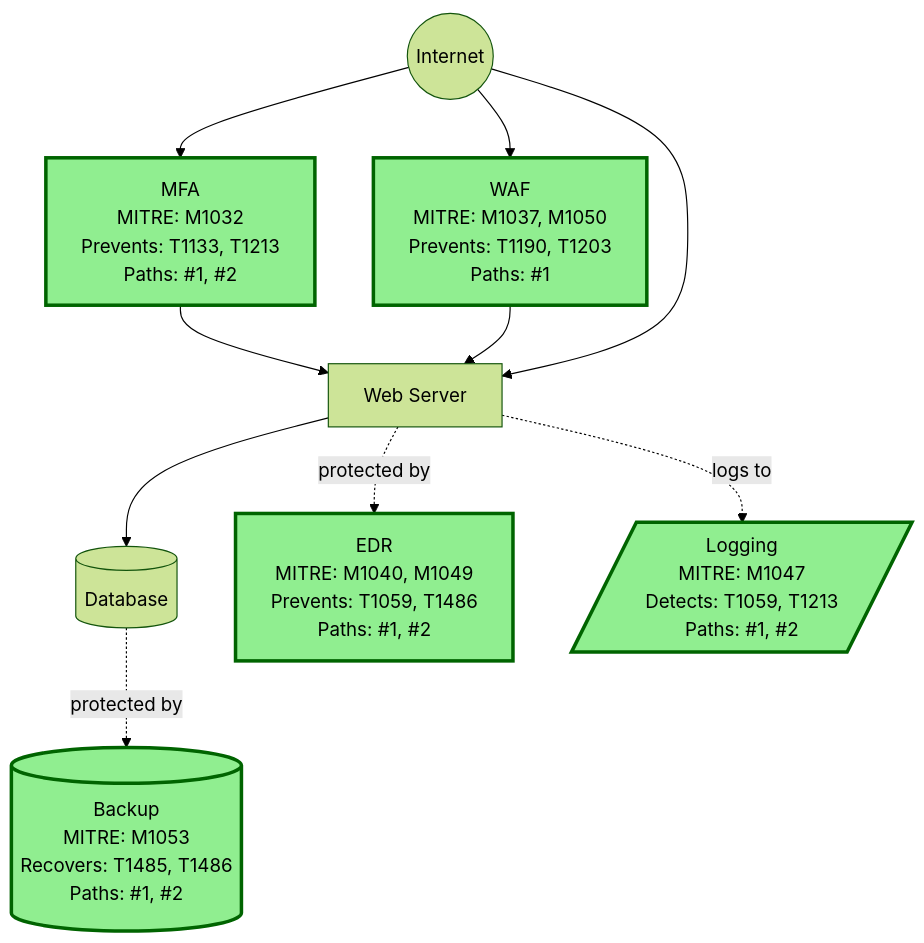
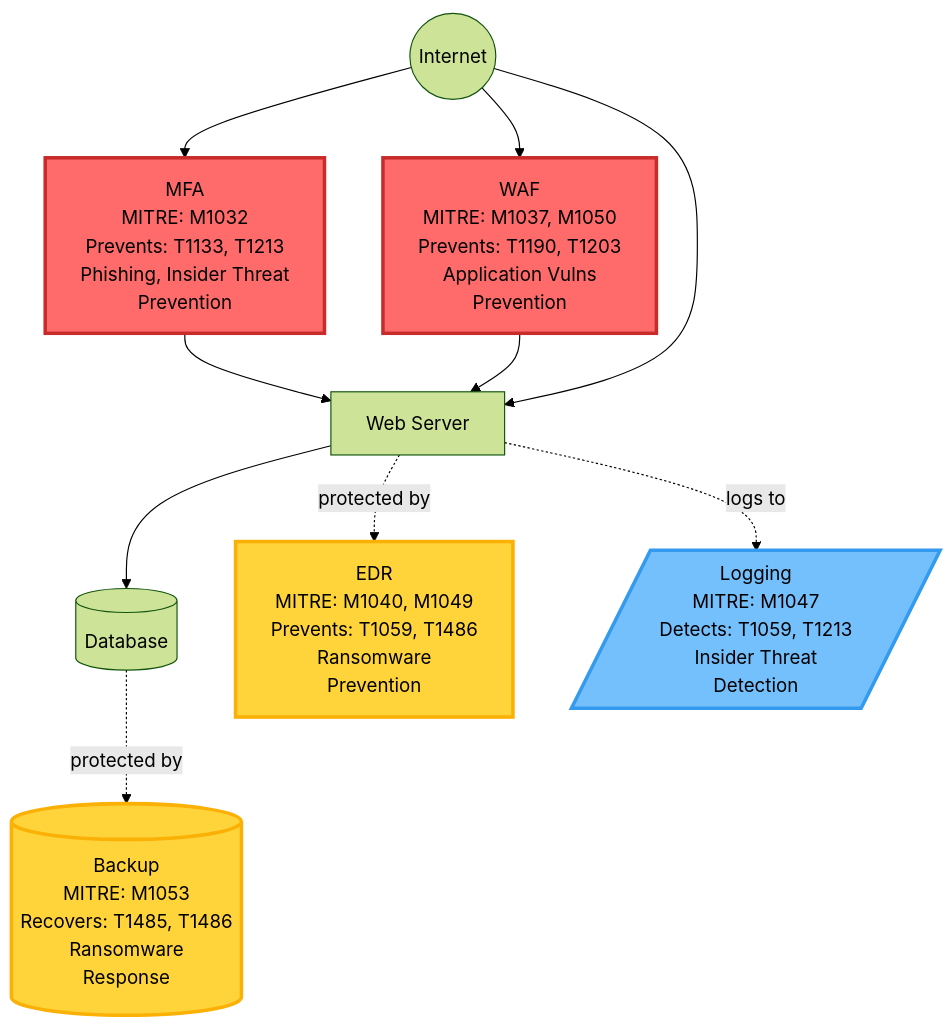
One commit to BerdTan/threatassessor changed the second of 2 diagrams in README.md. Above: the diagram before and after it, drawn with Mermaid (forest theme). The commit also changed other lines of this file, not shown here.

First line of the commit message:
docs: Update README for Phase 3C+ (15 files) and priority color coding

````diff
--- a/README.md
+++ b/README.md
@@ -82,33 +91,34 @@
 ```mermaid
 flowchart TB
     %% ORIGINAL ARCHITECTURE
     Internet((Internet))
     WebServer[Web Server]
     Database[(Database)]
 
-    %% RECOMMENDED SECURITY CONTROLS (showing 5 of 17)
-    NEW_MFA["MFA<br/>MITRE: M1032<br/>Prevents: T1133, T1213<br/>Paths: #1, #2"]
-    NEW_WAF["WAF<br/>MITRE: M1037, M1050<br/>Prevents: T1190, T1203<br/>Paths: #1"]
-    NEW_BACKUP[("Backup<br/>MITRE: M1053<br/>Recovers: T1485, T1486<br/>Paths: #1, #2")]
-    NEW_EDR["EDR<br/>MITRE: M1040, M1049<br/>Prevents: T1059, T1486<br/>Paths: #1, #2"]
-    NEW_LOGGING[/"Logging<br/>MITRE: M1047<br/>Detects: T1059, T1213<br/>Paths: #1, #2"/]
+    %% RECOMMENDED SECURITY CONTROLS (Priority Color-Coded)
+    %% 🔴 CRITICAL (Red) | 🟡 HIGH (Yellow) | 🔵 MEDIUM (Blue) | 🟢 BASELINE (Green)
+    NEW_MFA["MFA<br/>MITRE: M1032<br/>Prevents: T1133, T1213<br/>Phishing, Insider Threat<br/>Prevention"]
+    NEW_WAF["WAF<br/>MITRE: M1037, M1050<br/>Prevents: T1190, T1203<br/>Application Vulns<br/>Prevention"]
+    NEW_BACKUP[("Backup<br/>MITRE: M1053<br/>Recovers: T1485, T1486<br/>Ransomware<br/>Response")]
+    NEW_EDR["EDR<br/>MITRE: M1040, M1049<br/>Prevents: T1059, T1486<br/>Ransomware<br/>Prevention"]
+    NEW_LOGGING[/"Logging<br/>MITRE: M1047<br/>Detects: T1059, T1213<br/>Insider Threat<br/>Detection"/]
     
     %% CONTROL PLACEMENT (inline and monitoring)
     Internet --> NEW_MFA
     NEW_MFA --> WebServer
     Internet --> NEW_WAF
     NEW_WAF --> WebServer
     Database -.->|protected by| NEW_BACKUP
     WebServer -.->|logs to| NEW_LOGGING
     WebServer -.->|protected by| NEW_EDR
     
     %% ORIGINAL EDGES
     Internet --> WebServer
     WebServer --> Database
     
-    style NEW_MFA fill:#90EE90,stroke:#006400,stroke-width:3px,color:#000000
-    style NEW_WAF fill:#90EE90,stroke:#006400,stroke-width:3px,color:#000000
-    style NEW_BACKUP fill:#90EE90,stroke:#006400,stroke-width:3px,color:#000000
-    style NEW_EDR fill:#90EE90,stroke:#006400,stroke-width:3px,color:#000000
-    style NEW_LOGGING fill:#90EE90,stroke:#006400,stroke-width:3px,color:#000000
+    style NEW_MFA fill:#ff6b6b,stroke:#c92a2a,stroke-width:3px,color:#000000
+    style NEW_WAF fill:#ff6b6b,stroke:#c92a2a,stroke-width:3px,color:#000000
+    style NEW_BACKUP fill:#ffd43b,stroke:#fab005,stroke-width:3px,color:#000000
+    style NEW_EDR fill:#ffd43b,stroke:#fab005,stroke-width:3px,color:#000000
+    style NEW_LOGGING fill:#74c0fc,stroke:#339af0,stroke-width:3px,color:#000000
 ```
````
